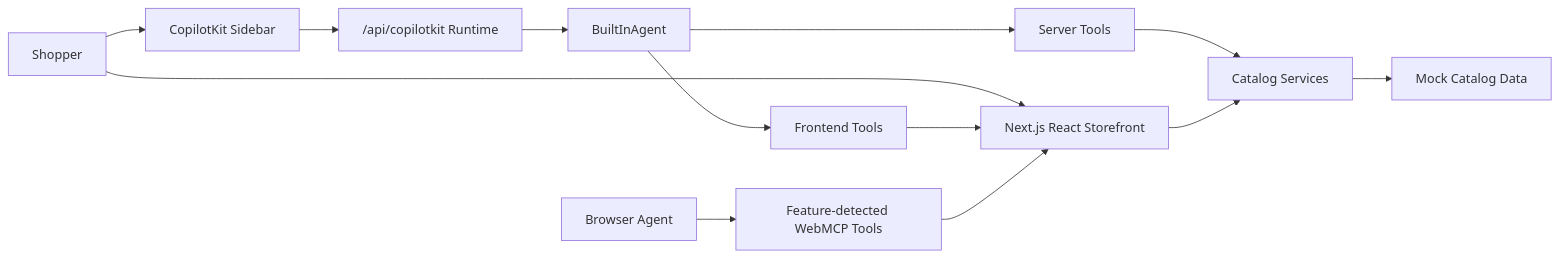
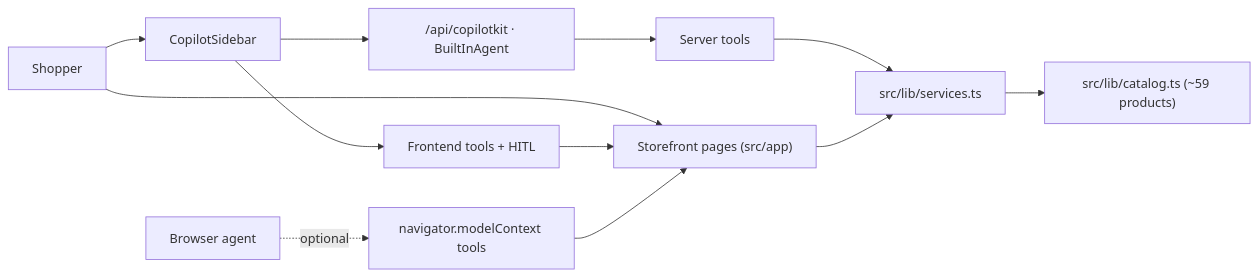
One commit to VENKATESHWARAN-R/agentic-ecom changed the diagram in docs/architecture.md. Above: the diagram before and after it, drawn with Mermaid. The commit also changed other lines of this file and 37 other files, not shown here.

````diff
--- a/docs/architecture.md
+++ b/docs/architecture.md
@@ -5,15 +5,14 @@
 ```mermaid
 flowchart LR
-    Shopper["Shopper"] --> UI["Next.js React Storefront"]
-    Shopper --> Chat["CopilotKit Sidebar"]
-    Chat --> Runtime["/api/copilotkit Runtime"]
-    Runtime --> Agent["BuiltInAgent"]
-    Agent --> Tools["Server Tools"]
-    Tools --> Services["Catalog Services"]
+    Shopper --> UI["Storefront pages (src/app)"]
+    Shopper --> Chat["CopilotSidebar"]
+    Chat --> Runtime["/api/copilotkit · BuiltInAgent"]
+    Runtime --> ServerTools["Server tools"]
+    Chat --> FrontendTools["Frontend tools + HITL"]
+    FrontendTools --> UI
+    ServerTools --> Services["src/lib/services.ts"]
     UI --> Services
-    Services --> Catalog["Mock Catalog Data"]
-    Agent --> FrontendTools["Frontend Tools"]
-    FrontendTools --> UI
-    BrowserAgent["Browser Agent"] --> WebMCP["Feature-detected WebMCP Tools"]
+    Services --> Catalog["src/lib/catalog.ts (~59 products)"]
+    BrowserAgent["Browser agent"] -. optional .-> WebMCP["navigator.modelContext tools"]
     WebMCP --> UI
 ```
````
